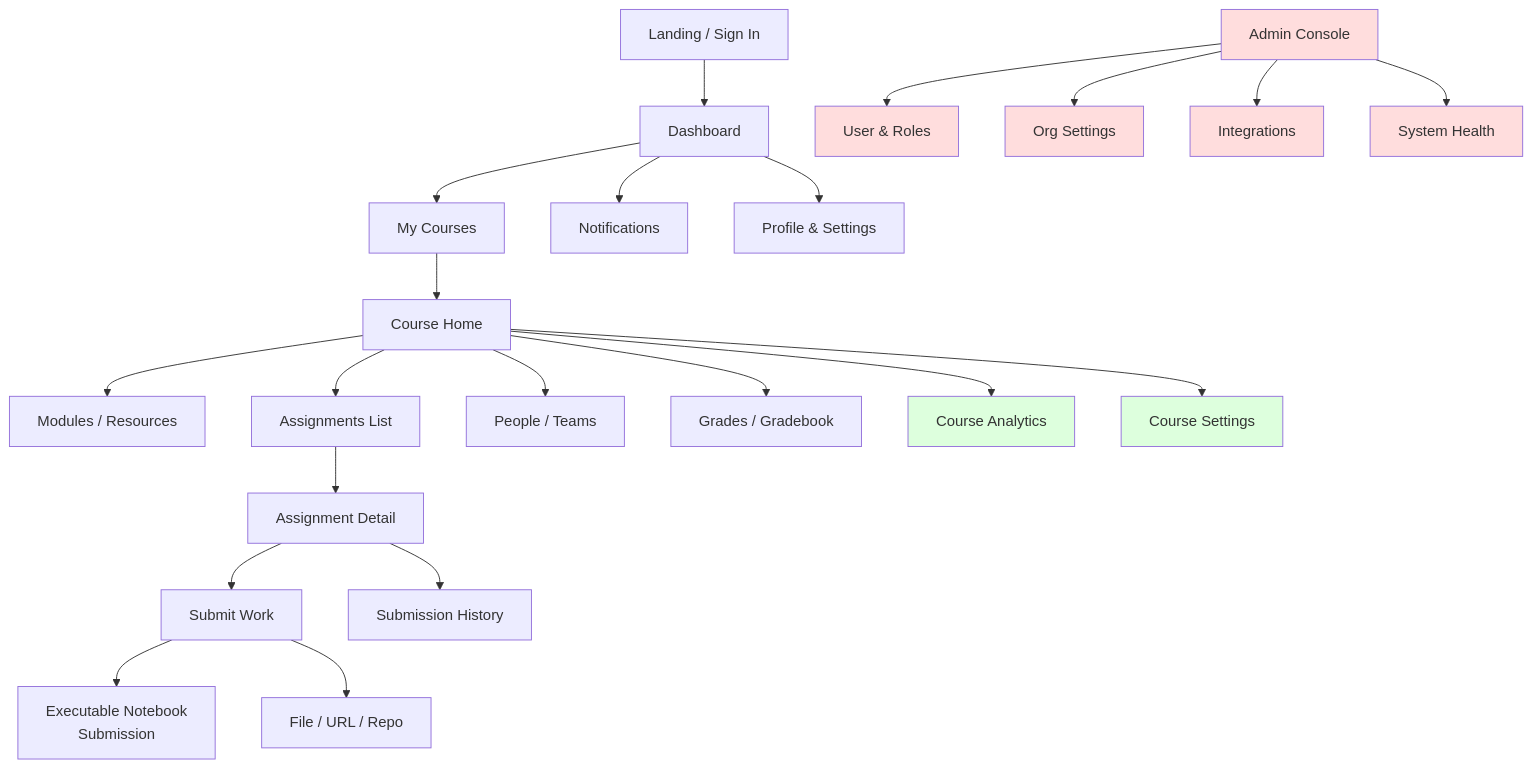
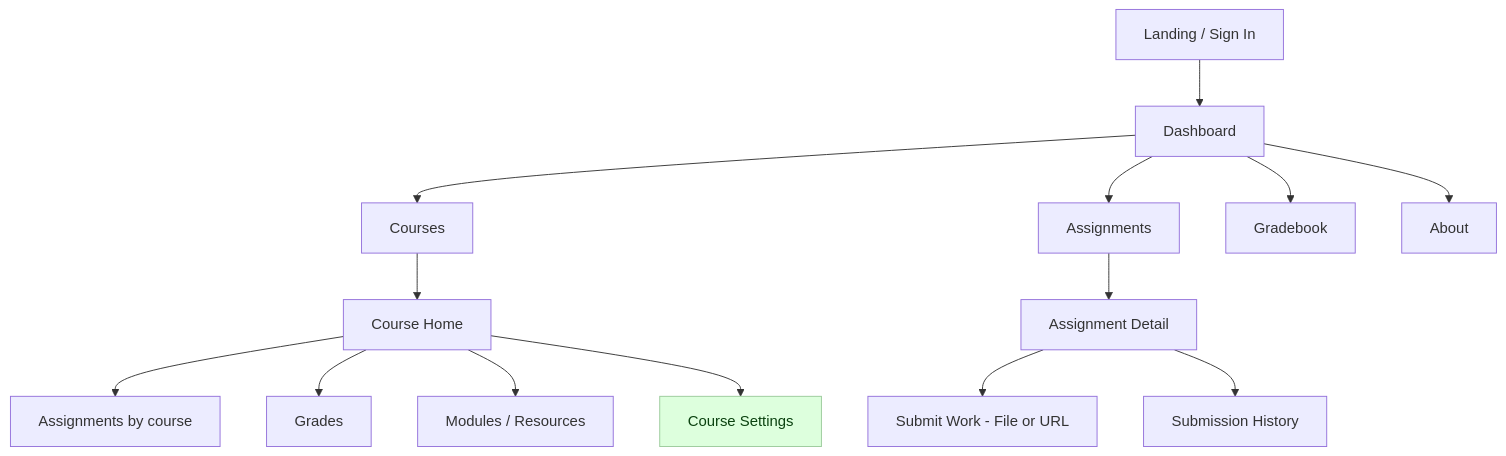
Before and after one commit to bzlatin/f25-cisc474-individual: the diagram in apps/docs/public/sitemap.md, drawn with Mermaid. The commit also changed 4 other files, not shown here.

````diff
--- a/apps/docs/public/sitemap.md
+++ b/apps/docs/public/sitemap.md
@@ -3,31 +3,22 @@
 ```mermaid
 flowchart TD
-    Landing[Landing / Sign In] --> Dashboard[Dashboard]
-    Dashboard --> MyCourses[My Courses]
-    Dashboard --> Notifications[Notifications]
-    Dashboard --> Profile[Profile & Settings]
+  Landing[Landing / Sign In] --> Dashboard[Dashboard];
 
-    MyCourses --> CourseHome[Course Home]
-    CourseHome --> Modules[Modules / Resources]
-    CourseHome --> Assignments[Assignments List]
-    CourseHome --> People[People / Teams]
-    CourseHome --> Grades[Grades / Gradebook]
+  Dashboard --> Courses[Courses];
+  Dashboard --> Assignments[Assignments];
+  Dashboard --> Gradebook[Gradebook];
+  Dashboard --> About[About];
 
-    Assignments --> AssignmentDetail[Assignment Detail]
-    AssignmentDetail --> SubmitWork[Submit Work]
-    SubmitWork --> ENS[Executable Notebook
-    Submission]
-    SubmitWork --> FileUpload[File / URL / Repo]
-    AssignmentDetail --> SubHistory[Submission History]
+  Courses --> CourseHome[Course Home];
+  CourseHome --> CourseAssignments[Assignments by course];
+  CourseHome --> CourseGrades[Grades];
+  CourseHome --> Resources[Modules / Resources];
 
-    CourseHome --> Analytics[Course Analytics]:::instructor
-    CourseHome --> Manage[Course Settings]:::instructor
+  Assignments --> AssignmentDetail[Assignment Detail];
+  AssignmentDetail --> SubmitWork[Submit Work - File or URL];
+  AssignmentDetail --> SubmissionHistory[Submission History];
 
-    Admin[Admin Console]:::admin --> Users[User & Roles]:::admin
-    Admin --> Orgs[Org Settings]:::admin
-    Admin --> Integrations[Integrations]:::admin
-    Admin --> SystemHealth[System Health]:::admin
+  CourseHome --> CourseSettings[Course Settings]:::instructor;
 
-classDef admin fill:#fdd;
-classDef instructor fill:#dfd;
+  classDef instructor fill:#dfd,stroke:#9aca9a,color:#0b4210;
 ```
````
